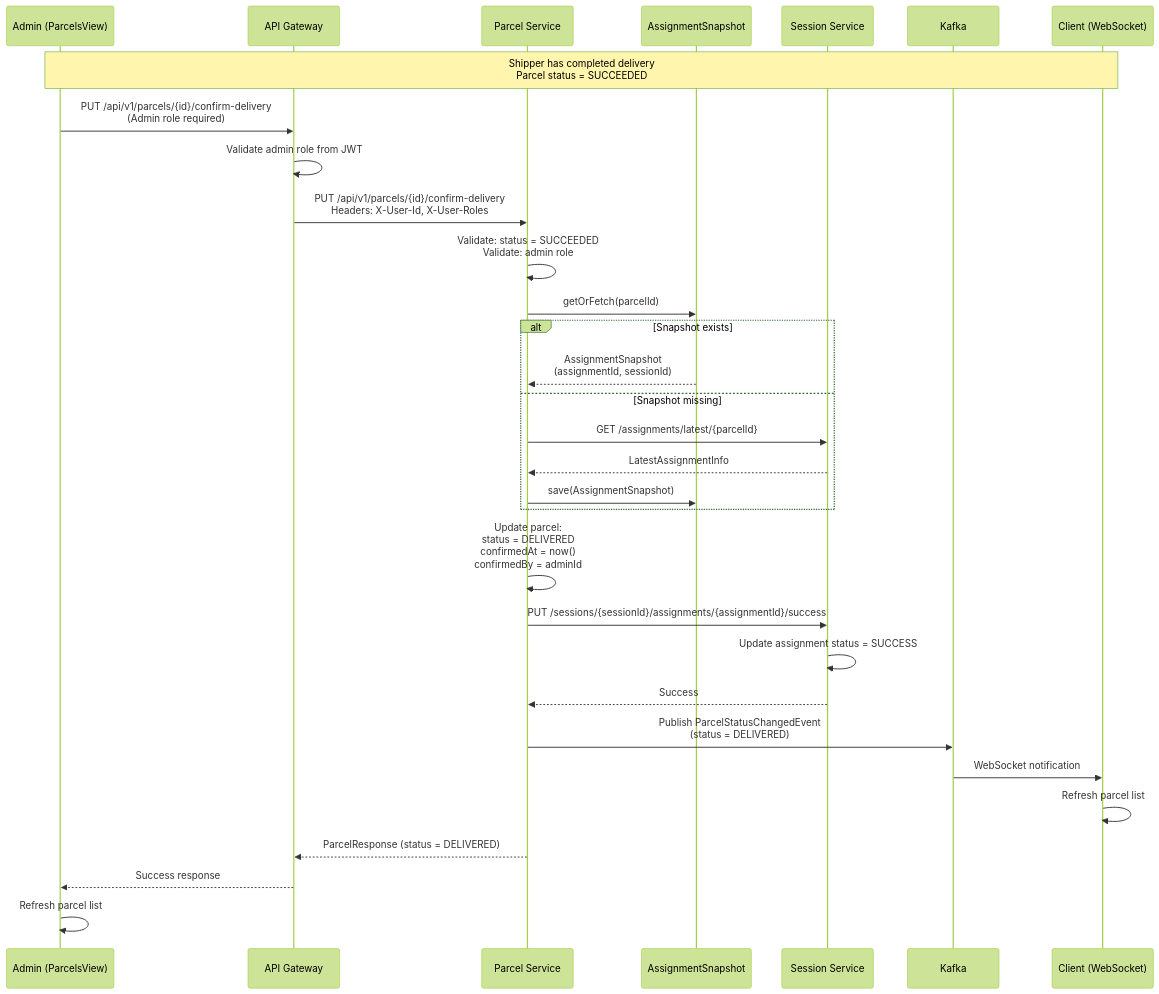
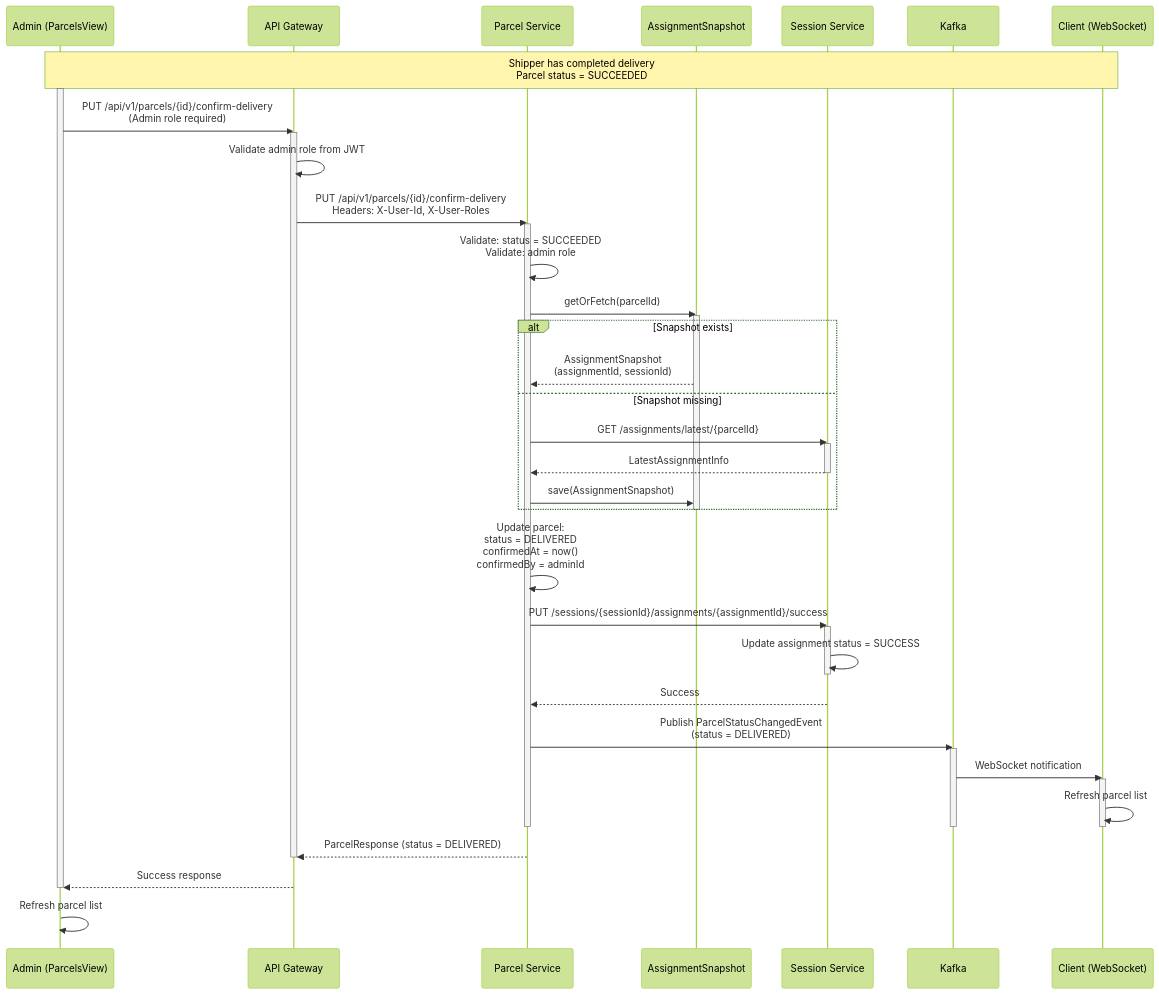
The second of 2 diagrams in reports/features/admin/confirm-delivery.md (hungdev11/Delivery-Coodinating-System-And-Delivery-App), drawn with Mermaid (forest theme) before and after one commit. The commit also changed 11 other files, not shown here.

Commit message:
add processing bar for sequence diagram

````diff
--- a/reports/features/admin/confirm-delivery.md
+++ b/reports/features/admin/confirm-delivery.md
@@ -33,41 +33,55 @@
 ```mermaid
 sequenceDiagram
     participant Admin as Admin (ParcelsView)
     participant Gateway as API Gateway
     participant ParcelSvc as Parcel Service
     participant Snapshot as AssignmentSnapshot
     participant SessionSvc as Session Service
     participant Kafka as Kafka
     participant Client as Client (WebSocket)
     
     Note over Admin,Client: Shipper has completed delivery<br/>Parcel status = SUCCEEDED
     
+    activate Admin
     Admin->>Gateway: PUT /api/v1/parcels/{id}/confirm-delivery<br/>(Admin role required)
+    activate Gateway
     Gateway->>Gateway: Validate admin role from JWT
     Gateway->>ParcelSvc: PUT /api/v1/parcels/{id}/confirm-delivery<br/>Headers: X-User-Id, X-User-Roles
-    
+    activate ParcelSvc
     ParcelSvc->>ParcelSvc: Validate: status = SUCCEEDED<br/>Validate: admin role
     
     ParcelSvc->>Snapshot: getOrFetch(parcelId)
+    activate Snapshot
     alt Snapshot exists
         Snapshot-->>ParcelSvc: AssignmentSnapshot<br/>(assignmentId, sessionId)
     else Snapshot missing
         ParcelSvc->>SessionSvc: GET /assignments/latest/{parcelId}
+        activate SessionSvc
         SessionSvc-->>ParcelSvc: LatestAssignmentInfo
+        deactivate SessionSvc
         ParcelSvc->>Snapshot: save(AssignmentSnapshot)
     end
+    deactivate Snapshot
     
     ParcelSvc->>ParcelSvc: Update parcel:<br/>status = DELIVERED<br/>confirmedAt = now()<br/>confirmedBy = adminId
     
     ParcelSvc->>SessionSvc: PUT /sessions/{sessionId}/assignments/{assignmentId}/success
+    activate SessionSvc
     SessionSvc->>SessionSvc: Update assignment status = SUCCESS
+    deactivate SessionSvc
     SessionSvc-->>ParcelSvc: Success
     
     ParcelSvc->>Kafka: Publish ParcelStatusChangedEvent<br/>(status = DELIVERED)
+    activate Kafka
     Kafka->>Client: WebSocket notification
+    activate Client
     Client->>Client: Refresh parcel list
-    
+    deactivate Client
+    deactivate Kafka
+    deactivate ParcelSvc
     ParcelSvc-->>Gateway: ParcelResponse (status = DELIVERED)
+    deactivate Gateway
     Gateway-->>Admin: Success response
+    deactivate Admin
     Admin->>Admin: Refresh parcel list
 ```
````
